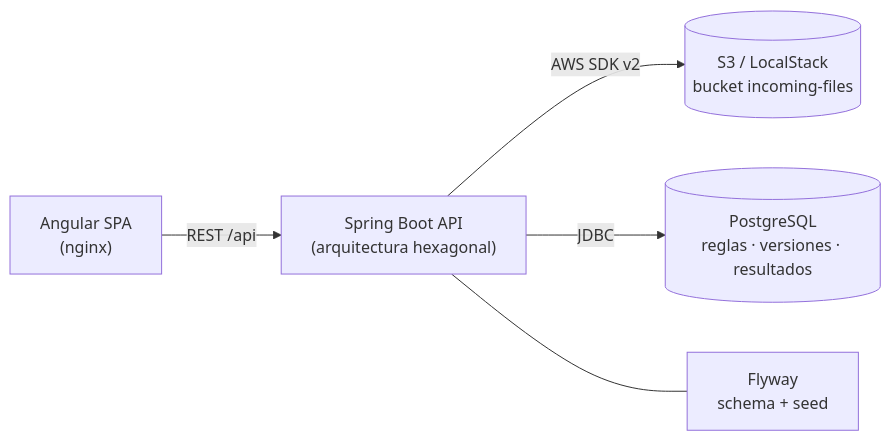
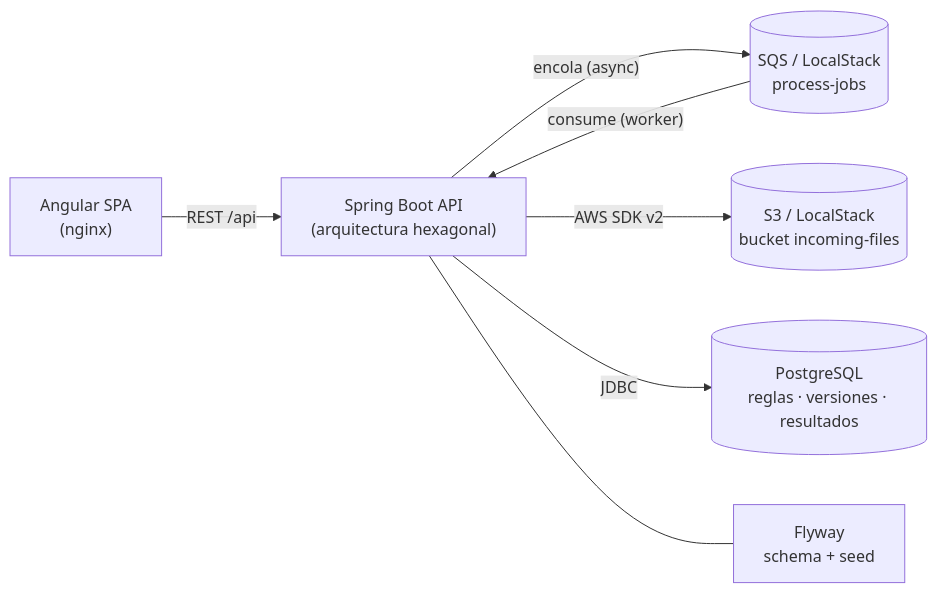
The first of 4 diagrams in docs/architecture.md (lowfps/rename-files-fullstack), drawn with Mermaid before and after one commit. The commit also changed other lines of this file and 20 other files, not shown here.

Commit message:
Asyn Process SQS

````diff
--- a/docs/architecture.md
+++ b/docs/architecture.md
@@ -5,7 +5,9 @@
 ```mermaid
 flowchart LR
     UI["Angular SPA<br/>(nginx)"] -- REST /api --> API["Spring Boot API<br/>(arquitectura hexagonal)"]
+    API -- "encola (async)" --> SQS[("SQS / LocalStack<br/>process-jobs")]
+    SQS -- "consume (worker)" --> API
     API -- AWS SDK v2 --> S3[("S3 / LocalStack<br/>bucket incoming-files")]
     API -- JDBC --> PG[("PostgreSQL<br/>reglas · versiones · resultados")]
     API --- FW["Flyway<br/>schema + seed"]
 ```
````
